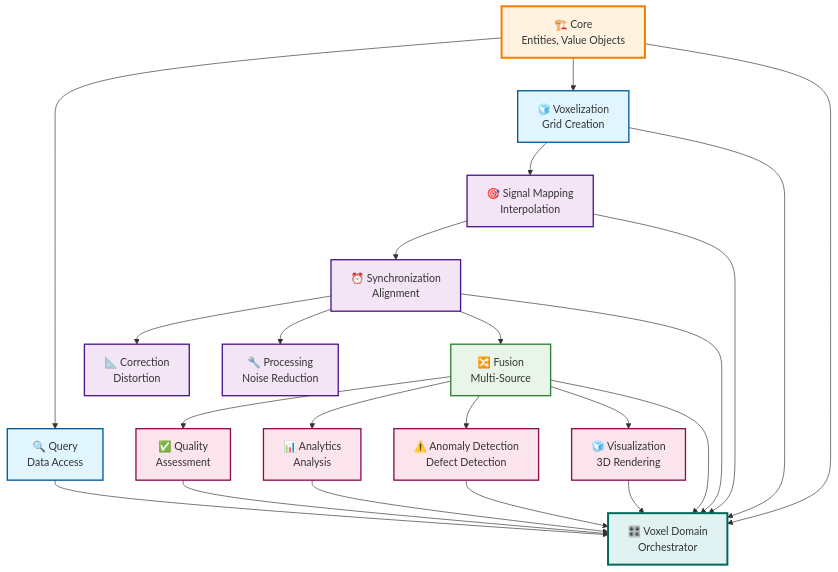
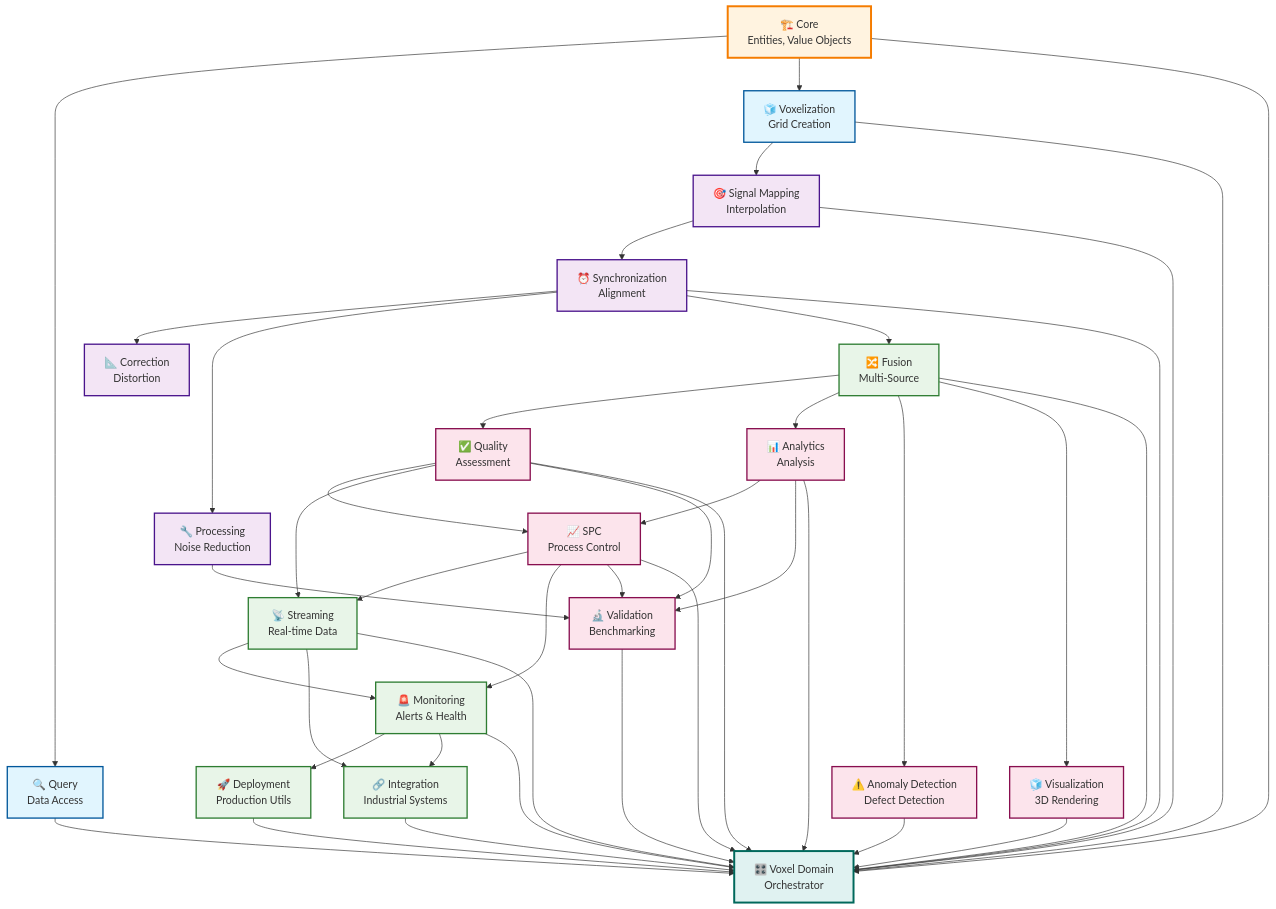
The diagram in docs/AM_QADF/05-modules/README.md (kanhaiya-gupta/AM-QADF), drawn with Mermaid before and after one commit. The commit also changed other lines of this file and 197 other files, not shown here.

````diff
--- a/docs/AM_QADF/05-modules/README.md
+++ b/docs/AM_QADF/05-modules/README.md
@@ -23,46 +30,72 @@
 ```mermaid
 graph TB
     Core["🏗️ Core<br/>Entities, Value Objects"]
     
     Core --> Query["🔍 Query<br/>Data Access"]
     Core --> Voxelization["🧊 Voxelization<br/>Grid Creation"]
     
     Voxelization --> SignalMapping["🎯 Signal Mapping<br/>Interpolation"]
     
     SignalMapping --> Synchronization["⏰ Synchronization<br/>Alignment"]
     
     Synchronization --> Correction["📐 Correction<br/>Distortion"]
     Synchronization --> Processing["🔧 Processing<br/>Noise Reduction"]
     Synchronization --> Fusion["🔀 Fusion<br/>Multi-Source"]
     
     Fusion --> Quality["✅ Quality<br/>Assessment"]
     Fusion --> Analytics["📊 Analytics<br/>Analysis"]
     Fusion --> Anomaly["⚠️ Anomaly Detection<br/>Defect Detection"]
     Fusion --> Visualization["🧊 Visualization<br/>3D Rendering"]
     
+    Quality --> SPC["📈 SPC<br/>Process Control"]
+    Analytics --> SPC
+    
+    SPC --> Streaming["📡 Streaming<br/>Real-time Data"]
+    Quality --> Streaming
+    SPC --> Monitoring["🚨 Monitoring<br/>Alerts & Health"]
+    Streaming --> Monitoring
+    
+    Monitoring --> Deployment["🚀 Deployment<br/>Production Utils"]
+    Monitoring --> Integration["🔗 Integration<br/>Industrial Systems"]
+    Streaming --> Integration
+    
+    Quality --> Validation["🔬 Validation<br/>Benchmarking"]
+    Analytics --> Validation
+    SPC --> Validation
+    Processing --> Validation
+    
     Core --> VoxelDomain["🎛️ Voxel Domain<br/>Orchestrator"]
     Query --> VoxelDomain
     Voxelization --> VoxelDomain
     SignalMapping --> VoxelDomain
     Synchronization --> VoxelDomain
     Fusion --> VoxelDomain
     Quality --> VoxelDomain
+    Validation --> VoxelDomain
     Analytics --> VoxelDomain
+    SPC --> VoxelDomain
+    Streaming --> VoxelDomain
+    Monitoring --> VoxelDomain
+    Deployment --> VoxelDomain
+    Integration --> VoxelDomain
     Anomaly --> VoxelDomain
     Visualization --> VoxelDomain
 
     %% Styling
     classDef core fill:#fff3e0,stroke:#f57c00,stroke-width:3px
     classDef data fill:#e1f5fe,stroke:#01579b,stroke-width:2px
     classDef processing fill:#f3e5f5,stroke:#4a148c,stroke-width:2px
     classDef fusion fill:#e8f5e8,stroke:#2e7d32,stroke-width:2px
     classDef analysis fill:#fce4ec,stroke:#880e4f,stroke-width:2px
     classDef orchestrator fill:#e0f2f1,stroke:#00695c,stroke-width:3px
 
     class Core core
     class Query,Voxelization data
     class SignalMapping,Synchronization,Correction,Processing processing
     class Fusion fusion
-    class Quality,Analytics,Anomaly,Visualization analysis
+    class Quality,Validation,Analytics,SPC,Anomaly,Visualization analysis
+    class Streaming,Monitoring,Deployment,Integration production
     class VoxelDomain orchestrator
+    
+    classDef production fill:#e8f5e8,stroke:#2e7d32,stroke-width:2px
 ```
````
